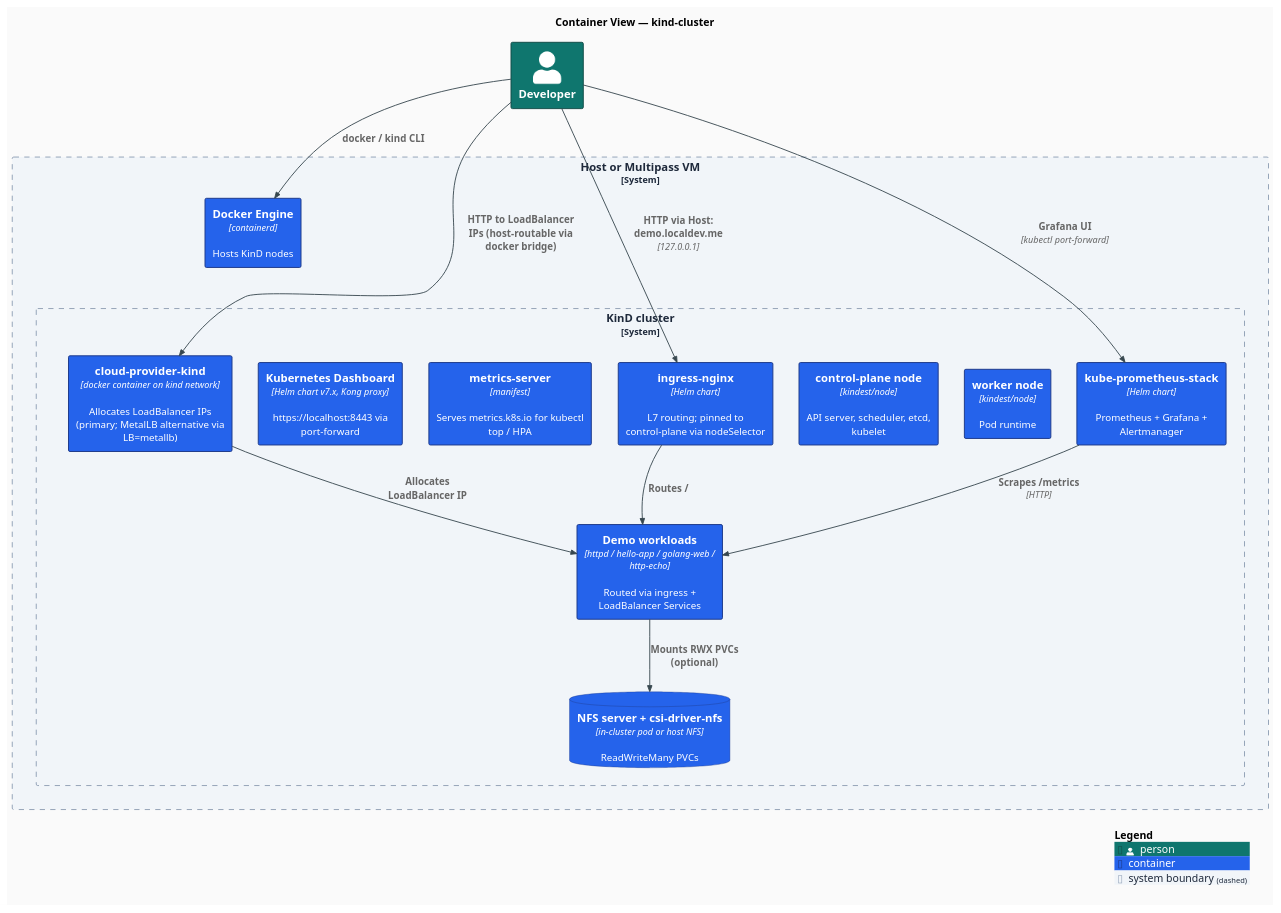
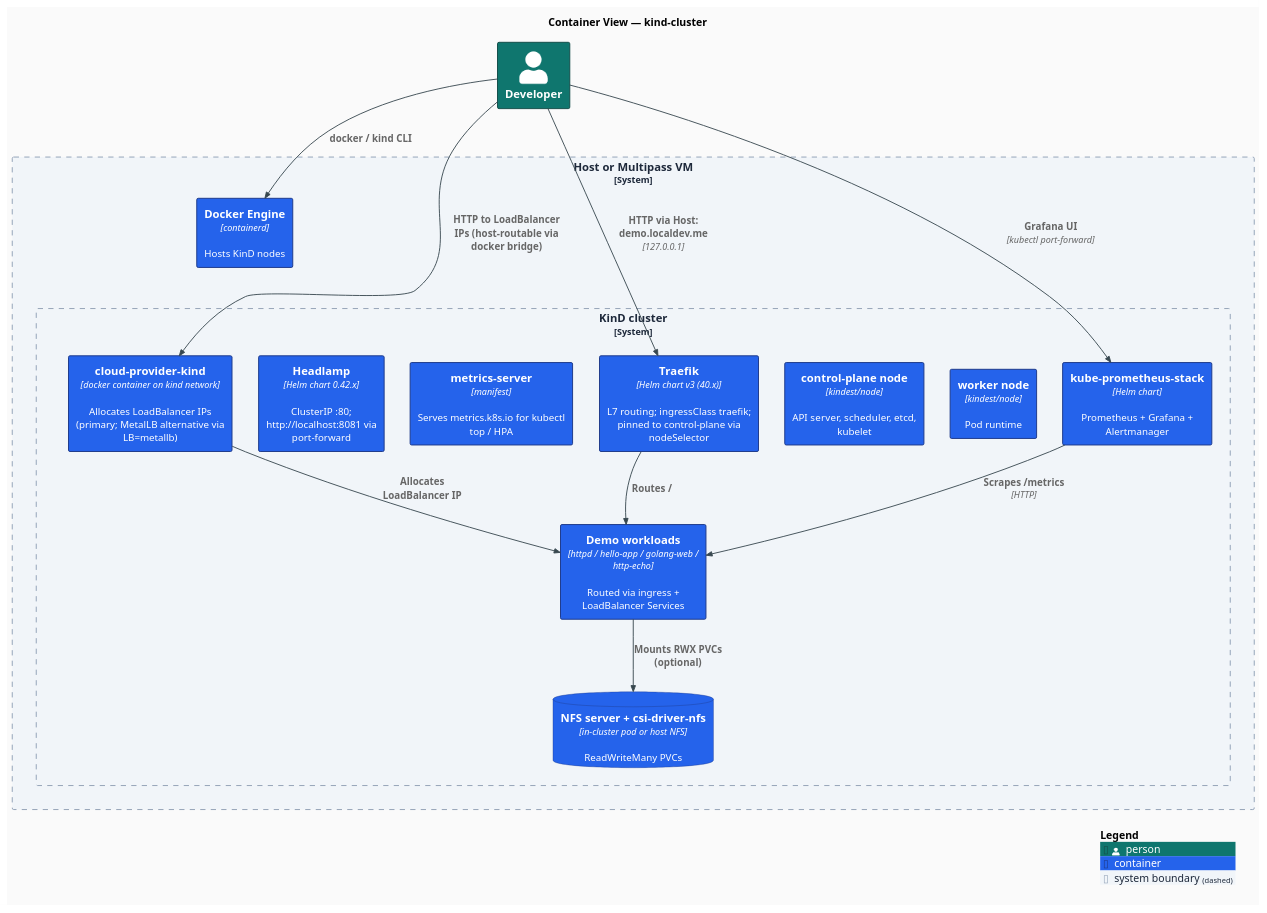
The diagram in docs/diagrams/c4-container.puml (AndriyKalashnykov/kind-cluster), drawn with PlantUML before and after one commit. The commit also changed 13 other files, not shown here.

```diff
--- a/docs/diagrams/c4-container.puml
+++ b/docs/diagrams/c4-container.puml
@@ -1,55 +1,55 @@
 @startuml c4-container
 !include https://raw.githubusercontent.com/plantuml-stdlib/C4-PlantUML/v2.11.0/C4_Container.puml
 
 ' Modern flat styling: no shadows, sharper corners, clean sans-serif, modern palette.
 skinparam backgroundColor #FAFAFA
 skinparam shadowing false
 skinparam roundCorner 4
 skinparam defaultFontName "Inter, Helvetica, Arial, sans-serif"
 skinparam defaultFontSize 13
 skinparam ArrowColor #37474F
 skinparam ArrowThickness 1.2
 skinparam rectangleBorderThickness 1.3
 
 UpdateElementStyle("person",       $fontColor="#FFFFFF", $bgColor="#0F766E", $borderColor="#134E4A")
 UpdateElementStyle("container",    $fontColor="#FFFFFF", $bgColor="#2563EB", $borderColor="#1E3A8A")
 UpdateElementStyle("container_db", $fontColor="#FFFFFF", $bgColor="#7C3AED", $borderColor="#4C1D95")
 UpdateBoundaryStyle($bgColor="#F1F5F9", $borderColor="#94A3B8", $fontColor="#1E293B")
 
 title Container View — kind-cluster
 
 Person(dev, "Developer")
 
 System_Boundary(host, "Host or Multipass VM") {
   Container(docker, "Docker Engine", "containerd", "Hosts KinD nodes")
 
   System_Boundary(kind, "KinD cluster") {
     Container(cp, "control-plane node", "kindest/node", "API server, scheduler, etcd, kubelet")
     Container(worker, "worker node", "kindest/node", "Pod runtime")
 
-    Container(ingress, "ingress-nginx", "Helm chart", "L7 routing; pinned to control-plane via nodeSelector")
+    Container(ingress, "Traefik", "Helm chart v3 (40.x)", "L7 routing; ingressClass traefik; pinned to control-plane via nodeSelector")
     Container(lb, "cloud-provider-kind", "docker container on kind network", "Allocates LoadBalancer IPs (primary; MetalLB alternative via LB=metallb)")
     Container(metrics, "metrics-server", "manifest", "Serves metrics.k8s.io for kubectl top / HPA")
-    Container(dash, "Kubernetes Dashboard", "Helm chart v7.x, Kong proxy", "https://localhost:8443 via port-forward")
+    Container(dash, "Headlamp", "Helm chart 0.42.x", "ClusterIP :80; http://localhost:8081 via port-forward")
     ContainerDb(nfs, "NFS server + csi-driver-nfs", "in-cluster pod or host NFS", "ReadWriteMany PVCs")
     Container(prom, "kube-prometheus-stack", "Helm chart", "Prometheus + Grafana + Alertmanager")
     Container(apps, "Demo workloads", "httpd / hello-app / golang-web / http-echo", "Routed via ingress + LoadBalancer Services")
   }
 }
 
 Rel(dev, docker, "docker / kind CLI")
 Rel(dev, ingress, "HTTP via Host: demo.localdev.me", "127.0.0.1")
 Rel(dev, lb, "HTTP to LoadBalancer IPs (host-routable via docker bridge)")
 Rel(ingress, apps, "Routes /")
 Rel(lb, apps, "Allocates LoadBalancer IP")
 Rel(apps, nfs, "Mounts RWX PVCs (optional)")
 Rel(prom, apps, "Scrapes /metrics", "HTTP")
 Rel(dev, prom, "Grafana UI", "kubectl port-forward")
 
 Lay_D(docker, kind)
 Lay_R(cp, worker)
 Lay_D(ingress, apps)
 Lay_R(lb, apps)
 
 SHOW_LEGEND()
 @enduml
```
